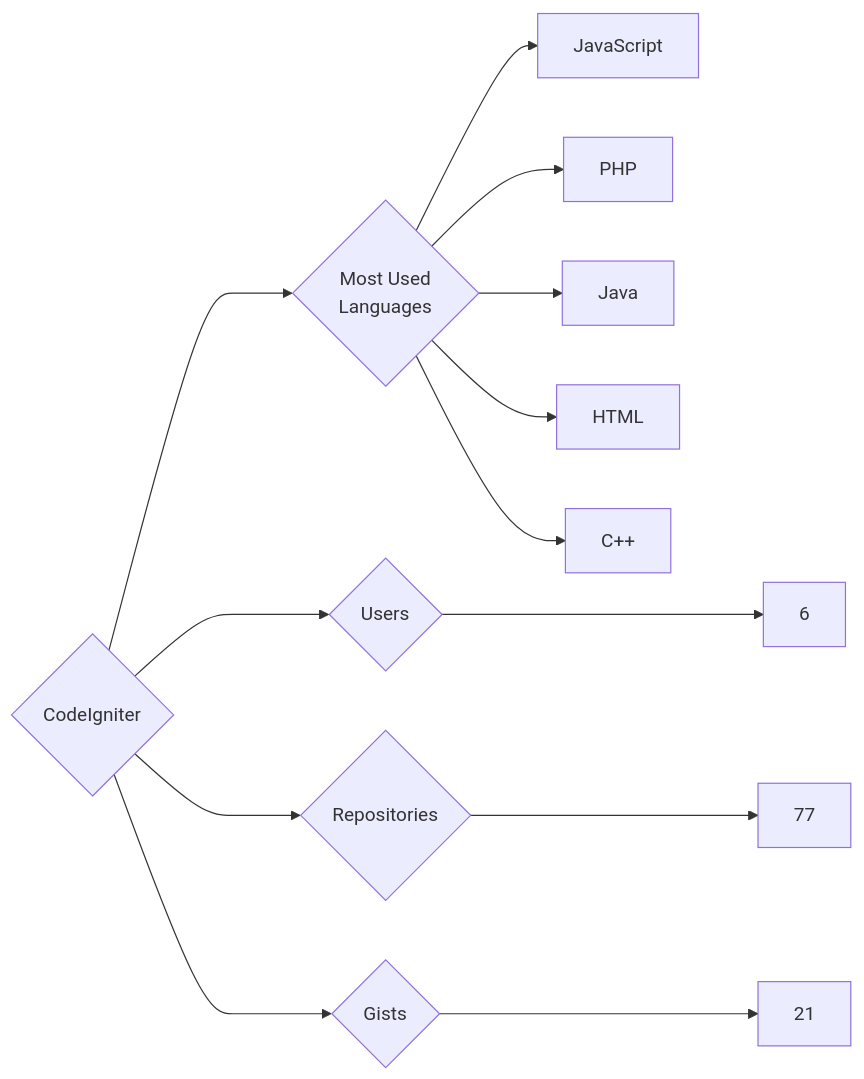
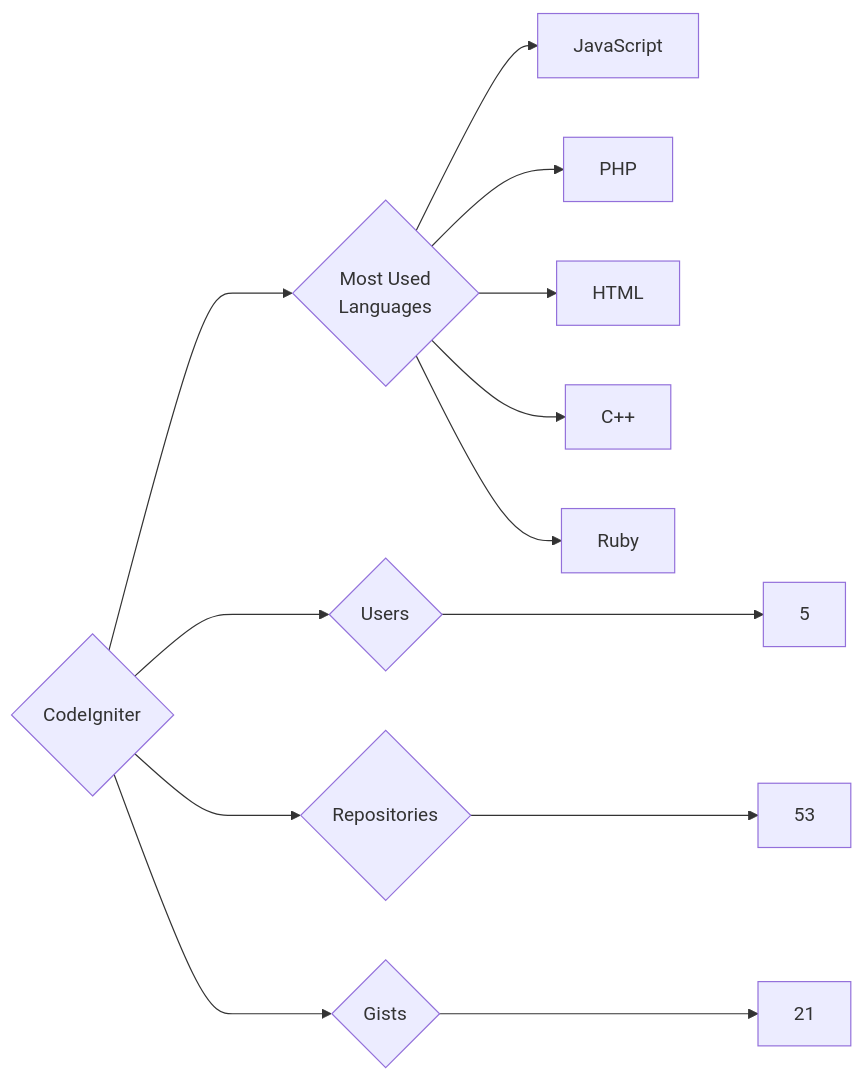
Before and after one commit to trickest/insiders: the diagram in targets/CodeIgniter/README.md, drawn with Mermaid. The commit also changed 772 other files, not shown here.

````diff
--- a/targets/CodeIgniter/README.md
+++ b/targets/CodeIgniter/README.md
@@ -3,13 +3,13 @@
 ```mermaid
 graph LR
 COMPANY_NAME{CodeIgniter}
-COMPANY_NAME ---> U{Users} ---> UN[6]
-COMPANY_NAME ---> R{Repositories} ---> RN[77]
+COMPANY_NAME ---> U{Users} ---> UN[5]
+COMPANY_NAME ---> R{Repositories} ---> RN[53]
 COMPANY_NAME ---> G{Gists} ---> GN[21]
 COMPANY_NAME ---> ML{Most Used<br>Languages}
 ML --> JavaScript[JavaScript]
 ML --> PHP[PHP]
-ML --> Java[Java]
 ML --> HTML[HTML]
 ML --> C++[C++]
+ML --> Ruby[Ruby]
 ```
````
